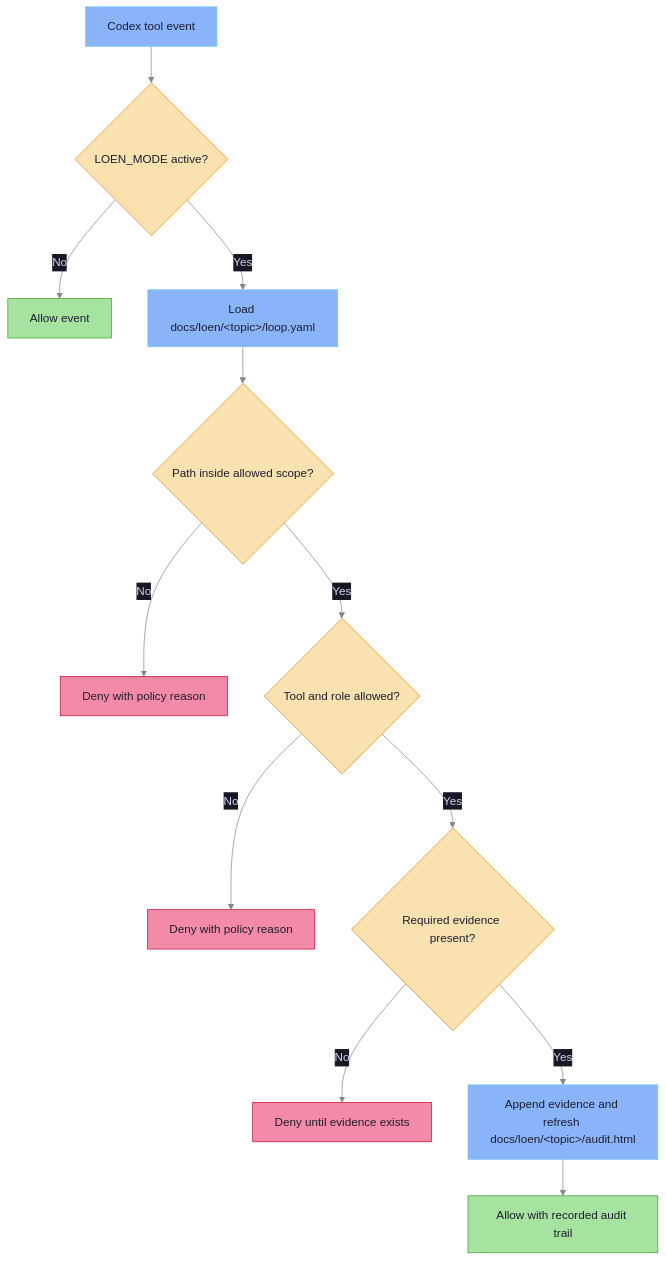
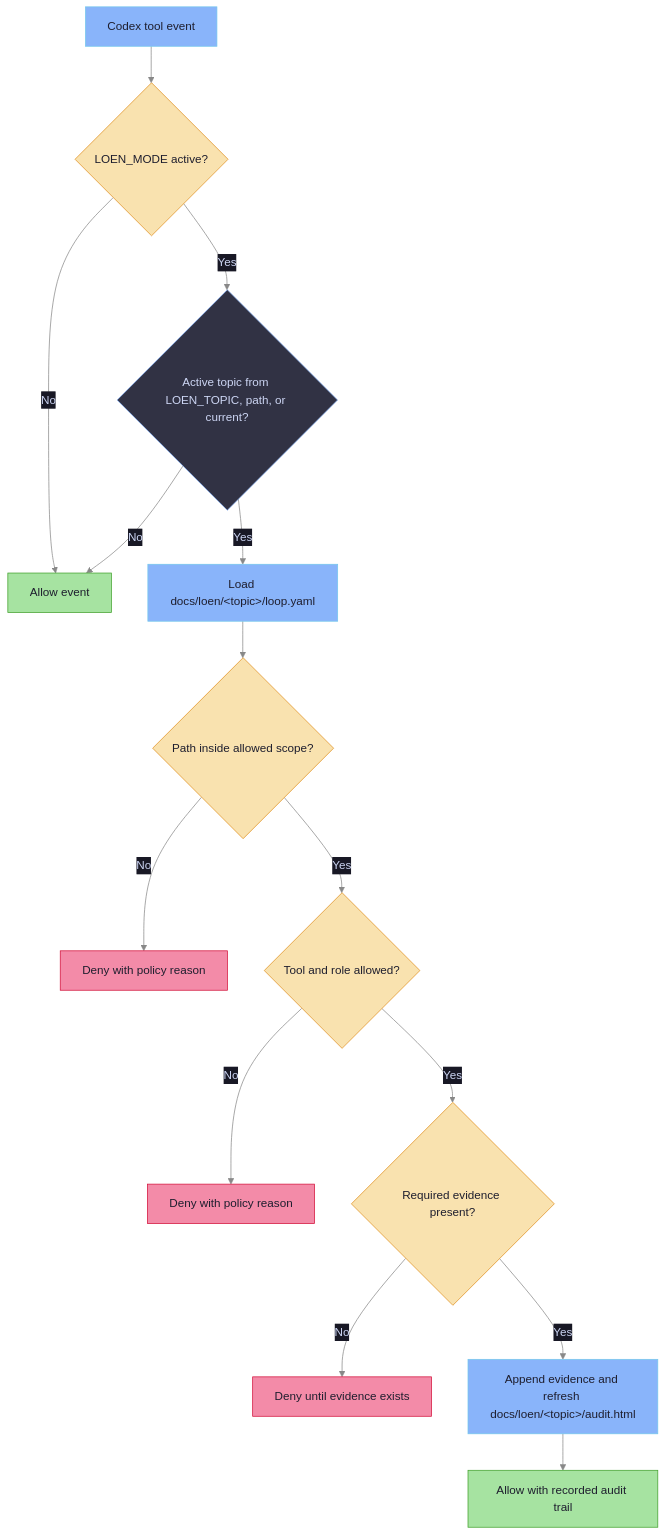
Before and after one commit to ikeniborn/icodex: the second of 3 diagrams in plugins/loen/docs/architecture.md, drawn with Mermaid. The commit also changed other lines of this file and 89 other files, not shown here.

First line of the commit message:
fix(loen): make enforcement topic-bound

````diff
--- a/plugins/loen/docs/architecture.md
+++ b/plugins/loen/docs/architecture.md
@@ -73,24 +73,26 @@
 ```mermaid
 %%{init: {'theme': 'base', 'themeVariables': {'background': '#1e1e2e', 'primaryColor': '#313244', 'primaryTextColor': '#cdd6f4', 'primaryBorderColor': '#89b4fa', 'lineColor': '#888888', 'secondaryColor': '#181825', 'tertiaryColor': '#45475a'}}}%%
 flowchart TD
     Event["Codex tool event"] --> ModeCheck{"LOEN_MODE active?"}
     ModeCheck -- "No" --> PassThrough["Allow event"]
-    ModeCheck -- "Yes" --> TopicLoad["Load docs/loen/&lt;topic&gt;/loop.yaml"]
+    ModeCheck -- "Yes" --> TopicCheck{"Active topic from LOEN_TOPIC, path, or current?"}
+    TopicCheck -- "No" --> PassThrough
+    TopicCheck -- "Yes" --> TopicLoad["Load docs/loen/&lt;topic&gt;/loop.yaml"]
     TopicLoad --> ScopeCheck{"Path inside allowed scope?"}
     ScopeCheck -- "No" --> DenyScope["Deny with policy reason"]
     ScopeCheck -- "Yes" --> ToolCheck{"Tool and role allowed?"}
     ToolCheck -- "No" --> DenyTool["Deny with policy reason"]
     ToolCheck -- "Yes" --> EvidenceCheck{"Required evidence present?"}
     EvidenceCheck -- "No" --> DenyEvidence["Deny until evidence exists"]
     EvidenceCheck -- "Yes" --> AuditUpdate["Append evidence and refresh docs/loen/&lt;topic&gt;/audit.html"]
     AuditUpdate --> PassWithRecord["Allow with recorded audit trail"]
 
     classDef decision fill:#f9e2af,color:#1e1e2e,stroke:#df8e1d
     classDef allow fill:#a6e3a1,color:#1e1e2e,stroke:#40a02b
     classDef deny fill:#f38ba8,color:#1e1e2e,stroke:#d20f39
     classDef action fill:#89b4fa,color:#1e1e2e,stroke:#74c7ec
     class ModeCheck,ScopeCheck,ToolCheck,EvidenceCheck decision
     class PassThrough,PassWithRecord allow
     class DenyScope,DenyTool,DenyEvidence deny
     class Event,TopicLoad,AuditUpdate action
 ```
````
